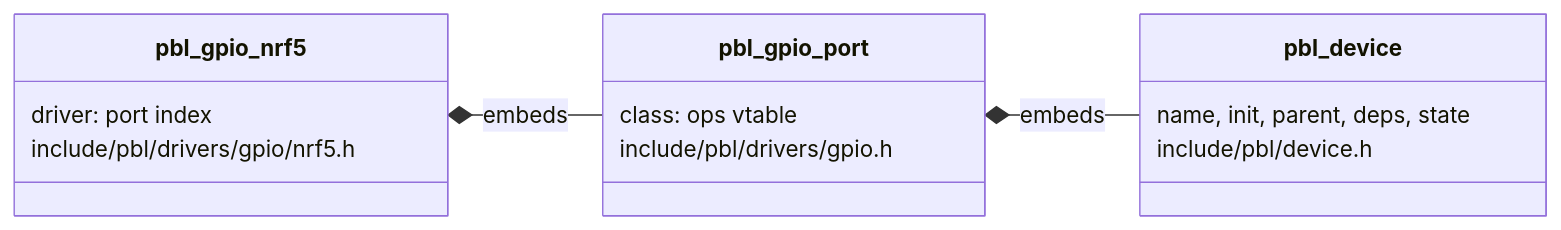
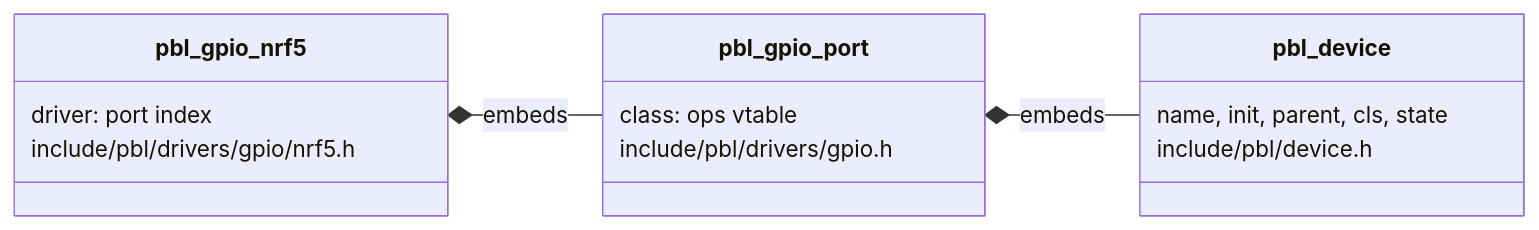
The diagram in docs/drivers/device_model.md (coredevices/PebbleOS), drawn with Mermaid before and after one commit. The commit also changed other lines of this file and 90 other files, not shown here.

````diff
--- a/docs/drivers/device_model.md
+++ b/docs/drivers/device_model.md
@@ -15,18 +15,18 @@
 ```{mermaid}
 classDiagram
   direction LR
   class pbl_device {
-    name, init, parent, deps, state
+    name, init, parent, cls, state
     include/pbl/device.h
   }
   class pbl_gpio_port {
     class: ops vtable
     include/pbl/drivers/gpio.h
   }
   class pbl_gpio_nrf5 {
     driver: port index
     include/pbl/drivers/gpio/nrf5.h
   }
   pbl_gpio_nrf5 *-- pbl_gpio_port : embeds
   pbl_gpio_port *-- pbl_device : embeds
 ```
````
